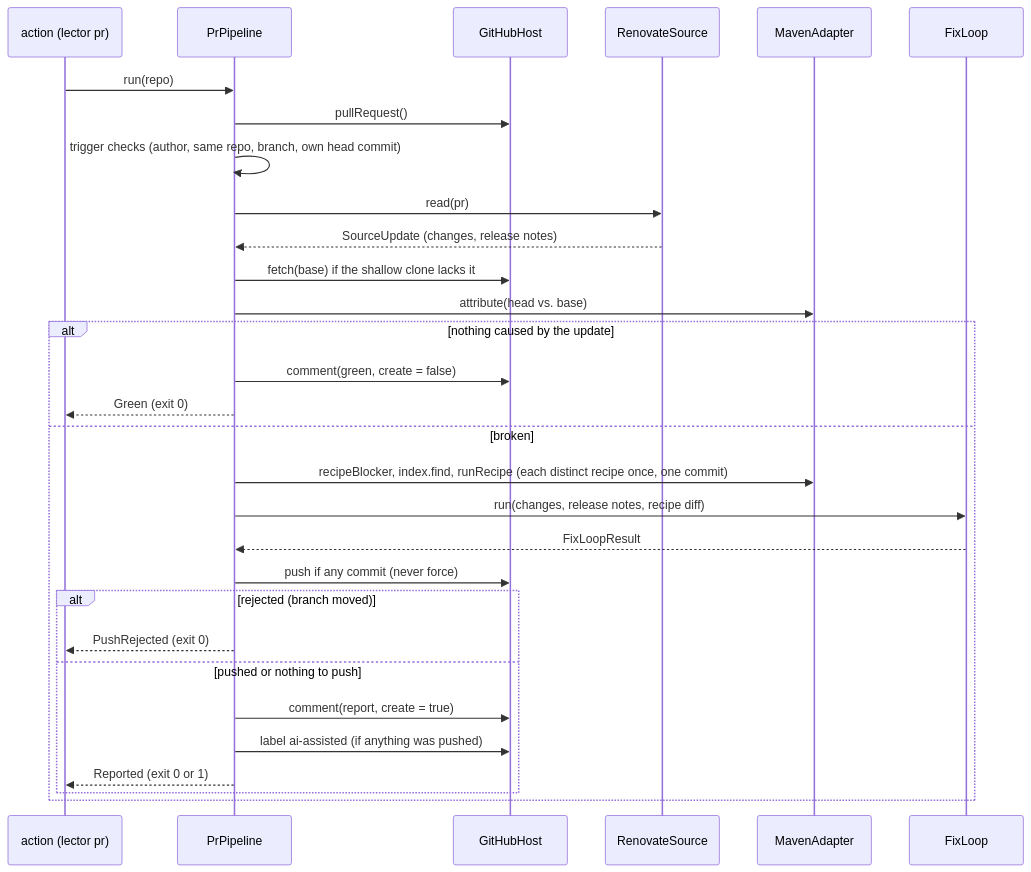
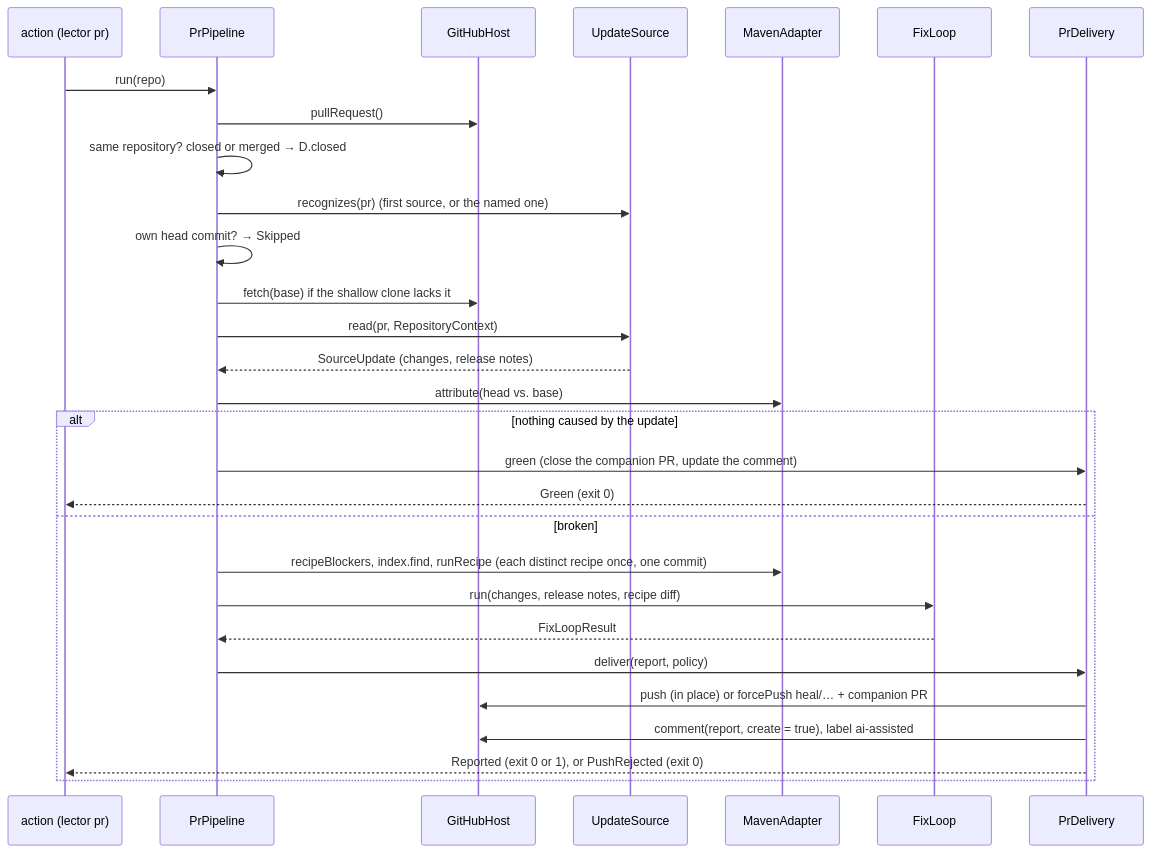
One commit to danvan86/lector-ai changed the second of 3 diagrams in docs/architecture/pr-pipeline.md. Above: the diagram before and after it, drawn with Mermaid. The commit also changed other lines of this file and 5 other files, not shown here.

First line of the commit message:
docs: document M8 in the PR pipeline architecture

````diff
--- a/docs/architecture/pr-pipeline.md
+++ b/docs/architecture/pr-pipeline.md
@@ -59,32 +68,31 @@
 ```mermaid
 sequenceDiagram
     participant A as action (lector pr)
     participant P as PrPipeline
     participant H as GitHubHost
-    participant S as RenovateSource
+    participant S as UpdateSource
     participant E as MavenAdapter
     participant F as FixLoop
+    participant D as PrDelivery
     A->>P: run(repo)
     P->>H: pullRequest()
-    P->>P: trigger checks (author, same repo, branch, own head commit)
-    P->>S: read(pr)
+    P->>P: same repository? closed or merged → D.closed
+    P->>S: recognizes(pr) (first source, or the named one)
+    P->>P: own head commit? → Skipped
+    P->>H: fetch(base) if the shallow clone lacks it
+    P->>S: read(pr, RepositoryContext)
     S-->>P: SourceUpdate (changes, release notes)
-    P->>H: fetch(base) if the shallow clone lacks it
     P->>E: attribute(head vs. base)
     alt nothing caused by the update
-        P->>H: comment(green, create = false)
-        P-->>A: Green (exit 0)
+        P->>D: green (close the companion PR, update the comment)
+        D-->>A: Green (exit 0)
     else broken
-        P->>E: recipeBlocker, index.find, runRecipe (each distinct recipe once, one commit)
+        P->>E: recipeBlockers, index.find, runRecipe (each distinct recipe once, one commit)
         P->>F: run(changes, release notes, recipe diff)
         F-->>P: FixLoopResult
-        P->>H: push if any commit (never force)
-        alt rejected (branch moved)
-            P-->>A: PushRejected (exit 0)
-        else pushed or nothing to push
-            P->>H: comment(report, create = true)
-            P->>H: label ai-assisted (if anything was pushed)
-            P-->>A: Reported (exit 0 or 1)
-        end
+        P->>D: deliver(report, policy)
+        D->>H: push (in place) or forcePush heal/… + companion PR
+        D->>H: comment(report, create = true), label ai-assisted
+        D-->>A: Reported (exit 0 or 1), or PushRejected (exit 0)
     end
 ```
````
